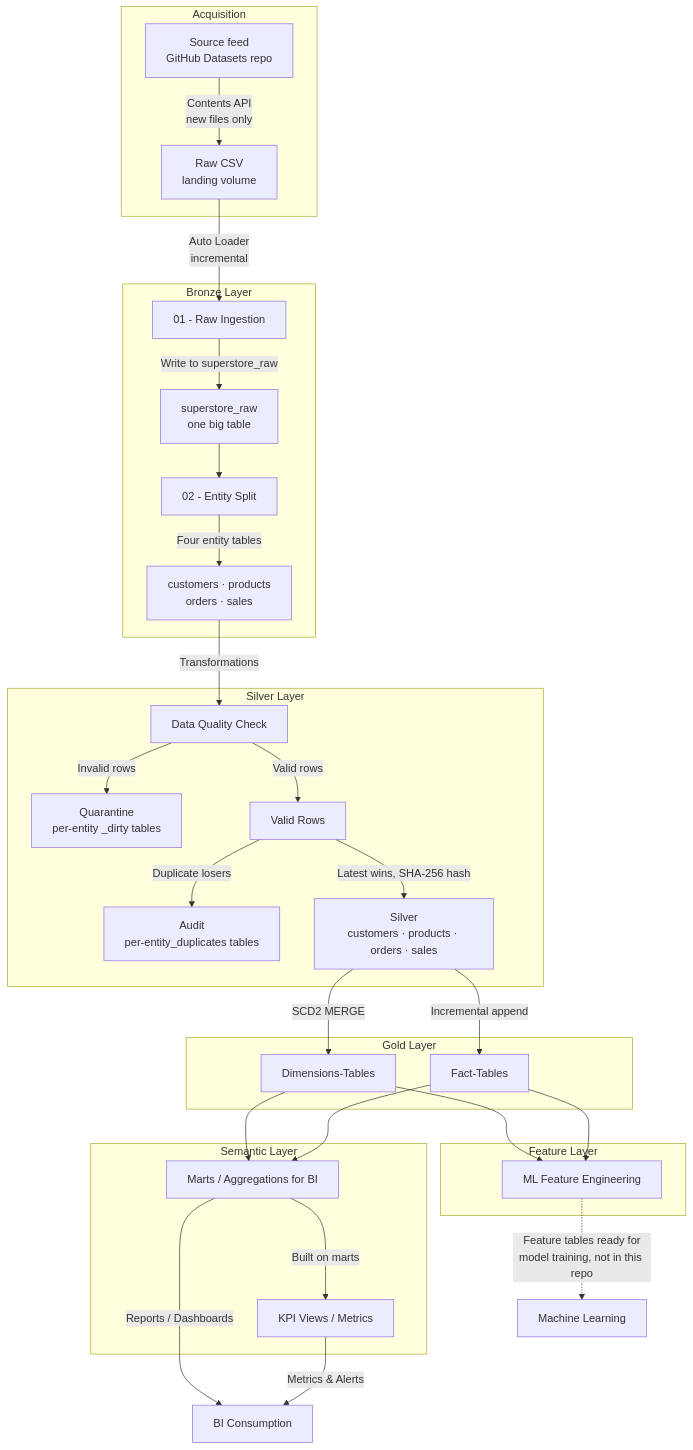
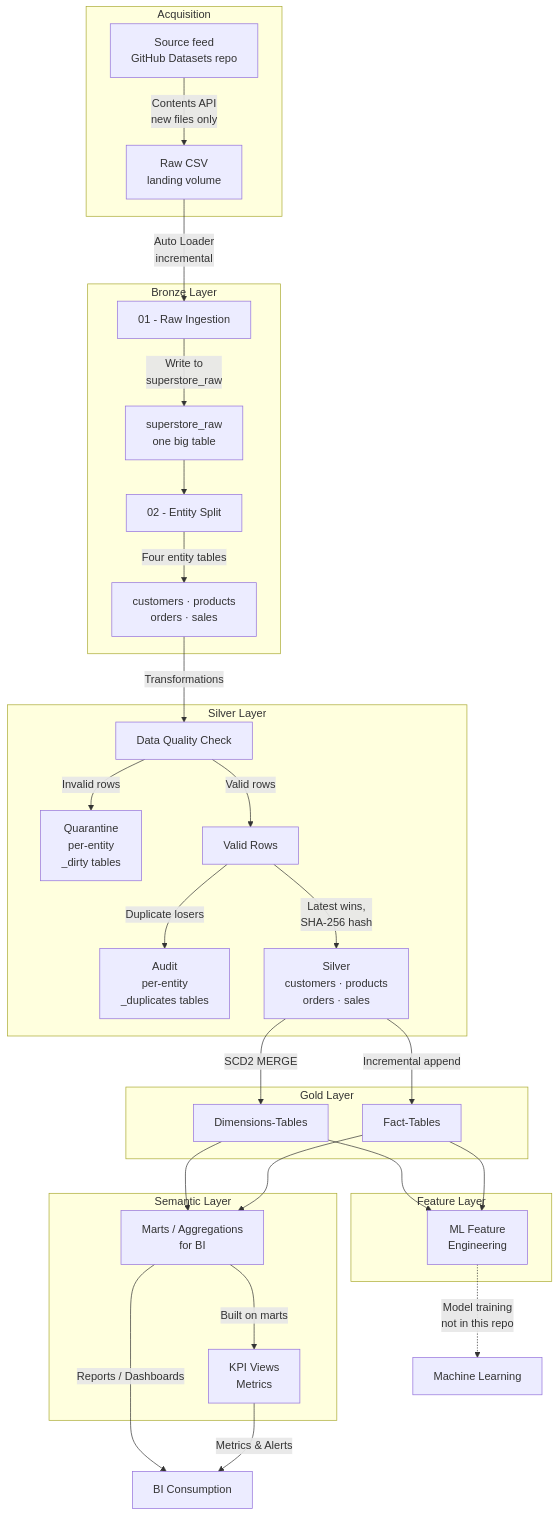
The diagram in README.md (111BM/databricks-lakehouse-platform), drawn with Mermaid before and after one commit.

Commit message:
Wrap long diagram labels so they render inside their nodes
Mermaid does not wrap label text, so anything past roughly twenty characters
overflowed its box and was clipped on GitHub - the silver table list and the
model training edge both lost their last word.

Every label longer than that is now split across lines with explicit breaks,
and the model training edge is shortened to two short lines. Longest single
line is now 21 characters.

````diff
--- a/README.md
+++ b/README.md
@@ -15,57 +15,57 @@
 ```mermaid
 flowchart TD
     subgraph ACQ[Acquisition]
         SRC[Source feed<br/>GitHub Datasets repo]
         VOL[Raw CSV<br/>landing volume]
         SRC -->|Contents API<br/>new files only| VOL
     end
 
     subgraph BRONZE[Bronze Layer]
         ING[01 - Raw Ingestion]
         RAW["superstore_raw<br/>one big table"]
         SPLIT[02 - Entity Split]
         ENT["customers · products<br/>orders · sales"]
-        ING -->|Write to superstore_raw| RAW
+        ING -->|Write to<br/>superstore_raw| RAW
         RAW --> SPLIT
         SPLIT -->|Four entity tables| ENT
     end
 
     subgraph SILVER[Silver Layer]
         DQ[Data Quality Check]
-        QUAR["Quarantine<br/>per-entity _dirty tables"]
+        QUAR["Quarantine<br/>per-entity<br/>_dirty tables"]
         GOOD[Valid Rows]
-        AUD["Audit<br/>per-entity_duplicates tables"]
-        SLV["Silver<br/>customers · products · orders · sales"]
+        AUD["Audit<br/>per-entity<br/>_duplicates tables"]
+        SLV["Silver<br/>customers · products<br/>orders · sales"]
         DQ -->|Invalid rows| QUAR
         DQ -->|Valid rows| GOOD
         GOOD -->|Duplicate losers| AUD
-        GOOD -->|Latest wins, SHA-256 hash| SLV
+        GOOD -->|Latest wins,<br/>SHA-256 hash| SLV
     end
 
     subgraph GOLD[Gold Layer]
         DIM["Dimensions-Tables"]
         FCT["Fact-Tables"]
     end
 
     subgraph SEM[Semantic Layer]
-        MARTS[Marts / Aggregations for BI]
-        KPI[KPI Views / Metrics]
+        MARTS["Marts / Aggregations<br/>for BI"]
+        KPI["KPI Views<br/>Metrics"]
     end
 
     subgraph FEAT[Feature Layer]
-        MLF[ML Feature Engineering]
+        MLF["ML Feature<br/>Engineering"]
     end
 
     VOL -->|Auto Loader<br/>incremental| ING
     ENT -->|Transformations| DQ
     SLV -->|SCD2 MERGE| DIM
     SLV -->|Incremental append| FCT
     DIM --> MARTS
     FCT --> MARTS
     DIM --> MLF
     FCT --> MLF
     MARTS -->|Built on marts| KPI
     MARTS -->|Reports / Dashboards| BI[BI Consumption]
     KPI -->|Metrics & Alerts| BI
-    MLF -.->|Feature tables ready for<br/>model training, not in this repo| MLC[Machine Learning]
+    MLF -.->|Model training<br/>not in this repo| MLC[Machine Learning]
 ```
````
